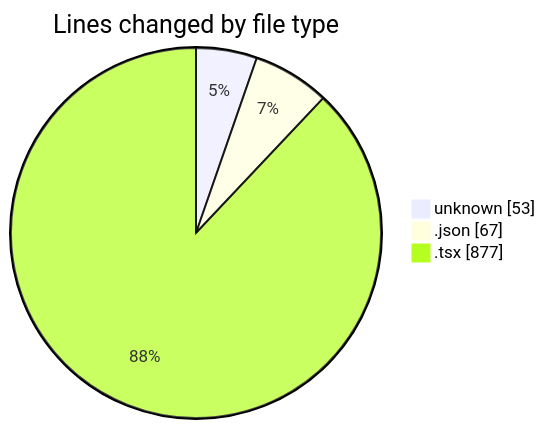
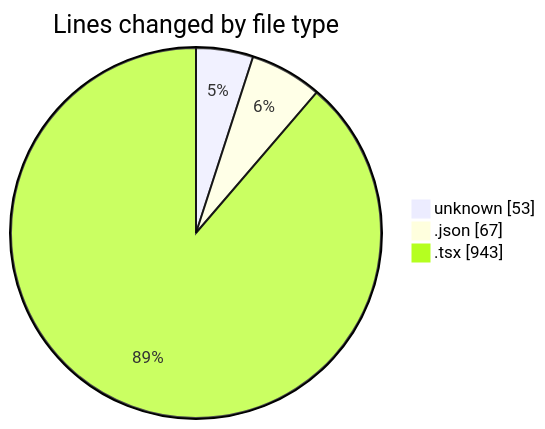
Before and after one commit to momahboobian/code-tracking: the first of 2 diagrams in 2026-01-19/cda/README.md, drawn with Mermaid. The commit also changed other lines of this file and 1 other file, not shown here.

````diff
--- a/2026-01-19/cda/README.md
+++ b/2026-01-19/cda/README.md
@@ -24,7 +25,7 @@
 ```mermaid
 pie showData
 title Lines changed by file type
 "unknown" : 53
 ".json" : 67
-".tsx" : 877
+".tsx" : 943
 ```
````
